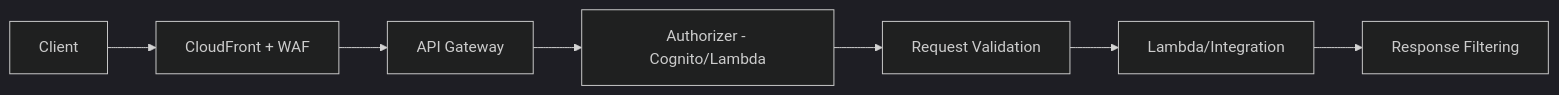
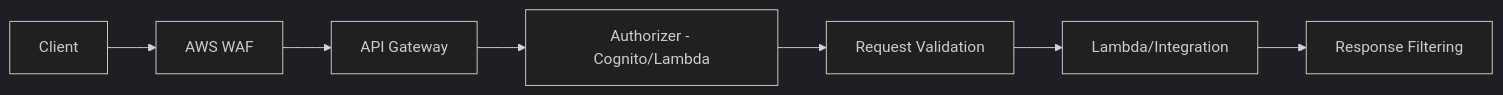
Before and after one commit to OneUptime/blog: the diagram in posts/2026-02-12-api-security-best-practices-aws/README.md, drawn with Mermaid (dark theme). The commit also changed other lines of this file and 2 other files, not shown here.

Commit message:
validate: 2026-02-12-api-security-best-practices-aws

````diff
--- a/posts/2026-02-12-api-security-best-practices-aws/README.md
+++ b/posts/2026-02-12-api-security-best-practices-aws/README.md
@@ -19,9 +19,9 @@
 ```mermaid
 graph LR
-    A[Client] --> B[CloudFront + WAF]
+    A[Client] --> B[AWS WAF]
     B --> C[API Gateway]
     C --> D[Authorizer - Cognito/Lambda]
     D --> E[Request Validation]
     E --> F[Lambda/Integration]
     F --> G[Response Filtering]
 ```
````
